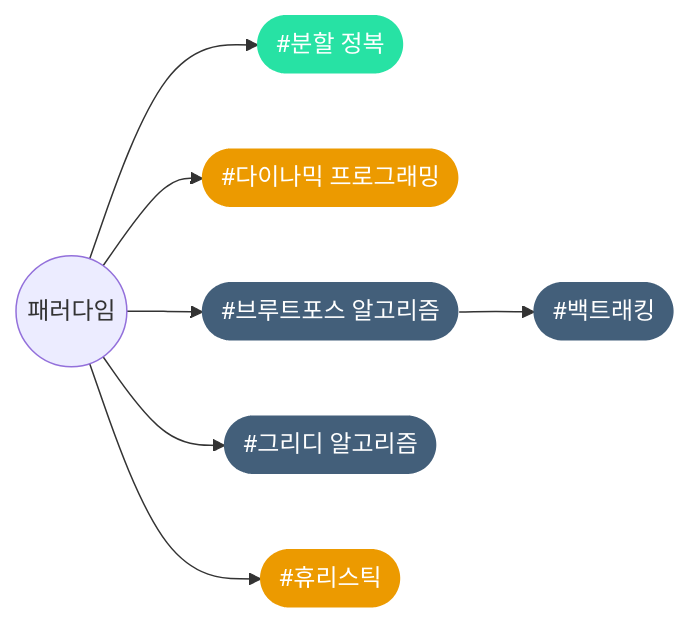
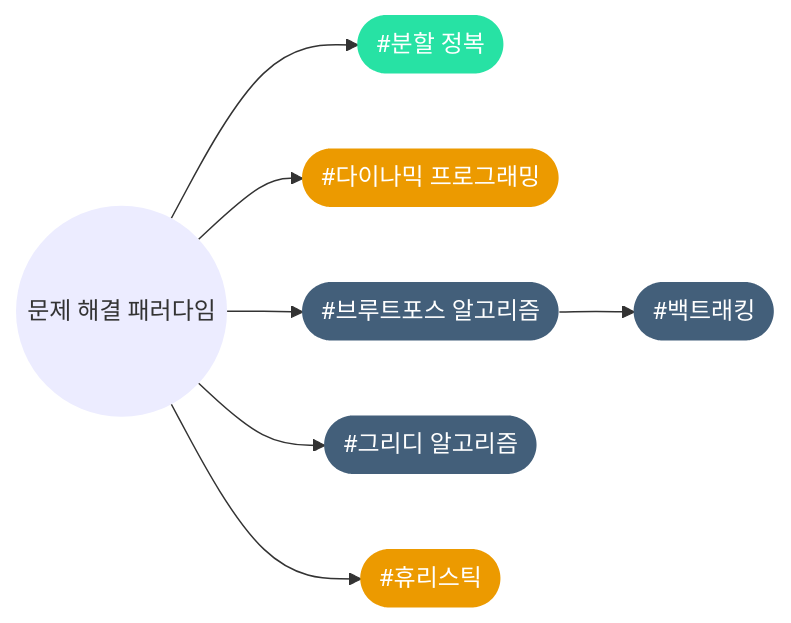
The first of 12 diagrams in index.md (CHOYUNSIG/algorithm_with_boj), drawn with Mermaid before and after one commit. The commit also changed other lines of this file and 1 other file, not shown here.

```diff
--- a/index.md
+++ b/index.md
@@ -22,26 +26,27 @@
 <pre class="mermaid">
     graph LR
     
     Paradigm --> #divide_and_conquer
     Paradigm --> #dp
     Paradigm --> #bruteforcing
     Paradigm --> #greedy
     Paradigm --> #heuristics
     #bruteforcing --> #backtracking
 
-    Paradigm((패러다임))
+    Paradigm((문제 해결 패러다임)):::paradigm
+    classDef paradigm stroke:#0000
 
     #greedy(["#그리디 알고리즘"]):::tier1
     #dp(["#다이나믹 프로그래밍"]):::tier2
     #backtracking(["#백트래킹"]):::tier1
     #divide_and_conquer(["#분할 정복"]):::tier3
     #bruteforcing(["#브루트포스 알고리즘"]):::tier1
     #heuristics(["#휴리스틱"]):::tier2
 
     classDef tier0 fill:#ad5600, color:#fff, stroke:#0000
     classDef tier1 fill:#435f7a, color:#fff, stroke:#0000
     classDef tier2 fill:#ec9a00, color:#fff, stroke:#0000
     classDef tier3 fill:#27e2a4, color:#fff, stroke:#0000
     classDef tier4 fill:#00b4fc, color:#fff, stroke:#0000
     classDef tier5 fill:#ff0062, color:#fff, stroke:#0000
 </pre>
```
